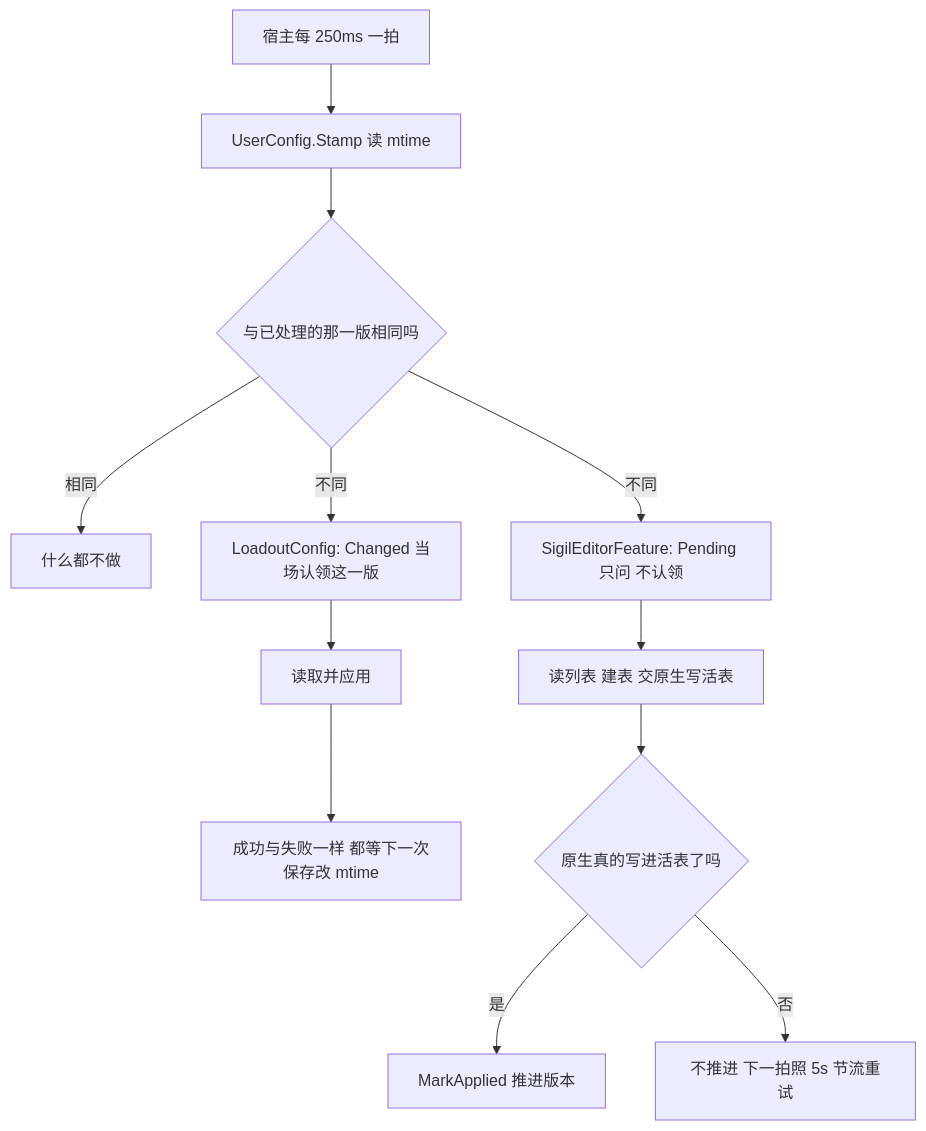
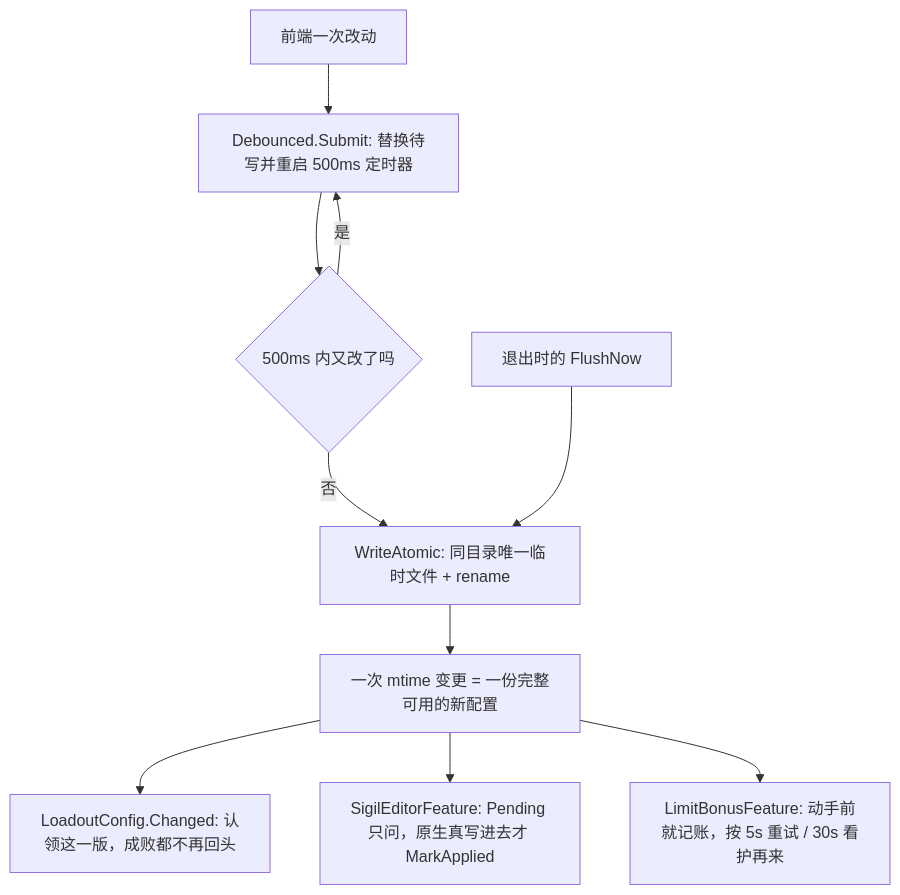
One commit to baagod/GBFR-Sigil-Loadout changed the second of 2 diagrams in openwiki/concepts/config-file-contracts.md. Above: the diagram before and after it, drawn with Mermaid. The commit also changed other lines of this file and 52 other files, not shown here.

````diff
--- a/openwiki/concepts/config-file-contracts.md
+++ b/openwiki/concepts/config-file-contracts.md
@@ -232,14 +309,12 @@
 ```mermaid
 flowchart TD
-    Tick["宿主每 250ms 一拍"] --> Read["UserConfig.Stamp 读 mtime"]
-    Read --> Same{"与已处理的那一版相同吗"}
-    Same -->|"相同"| Idle["什么都不做"]
-    Same -->|"不同"| Claim["LoadoutConfig: Changed 当场认领这一版"]
-    Same -->|"不同"| Pending["SigilEditorFeature: Pending 只问 不认领"]
-    Claim --> TryApply["读取并应用"]
-    TryApply --> Wait["成功与失败一样 都等下一次保存改 mtime"]
-    Pending --> Build["读列表 建表 交原生写活表"]
-    Build --> Wrote{"原生真的写进活表了吗"}
-    Wrote -->|"是"| Mark["MarkApplied 推进版本"]
-    Wrote -->|"否"| Owed["不推进 下一拍照 5s 节流重试"]
+    E["前端一次改动"] --> S["Debounced.Submit: 替换待写并重启 500ms 定时器"]
+    S --> T{"500ms 内又改了吗"}
+    T -->|"是"| S
+    T -->|"否"| W["WriteAtomic: 同目录唯一临时文件 + rename"]
+    X["退出时的 FlushNow"] --> W
+    W --> M["一次 mtime 变更 = 一份完整可用的新配置"]
+    M --> G1["LoadoutConfig.Changed: 认领这一版，成败都不再回头"]
+    M --> G2["SigilEditorFeature: Pending 只问，原生真写进去才 MarkApplied"]
+    M --> G3["LimitBonusFeature: 动手前就记账，按 5s 重试 / 30s 看护再来"]
 ```
````
